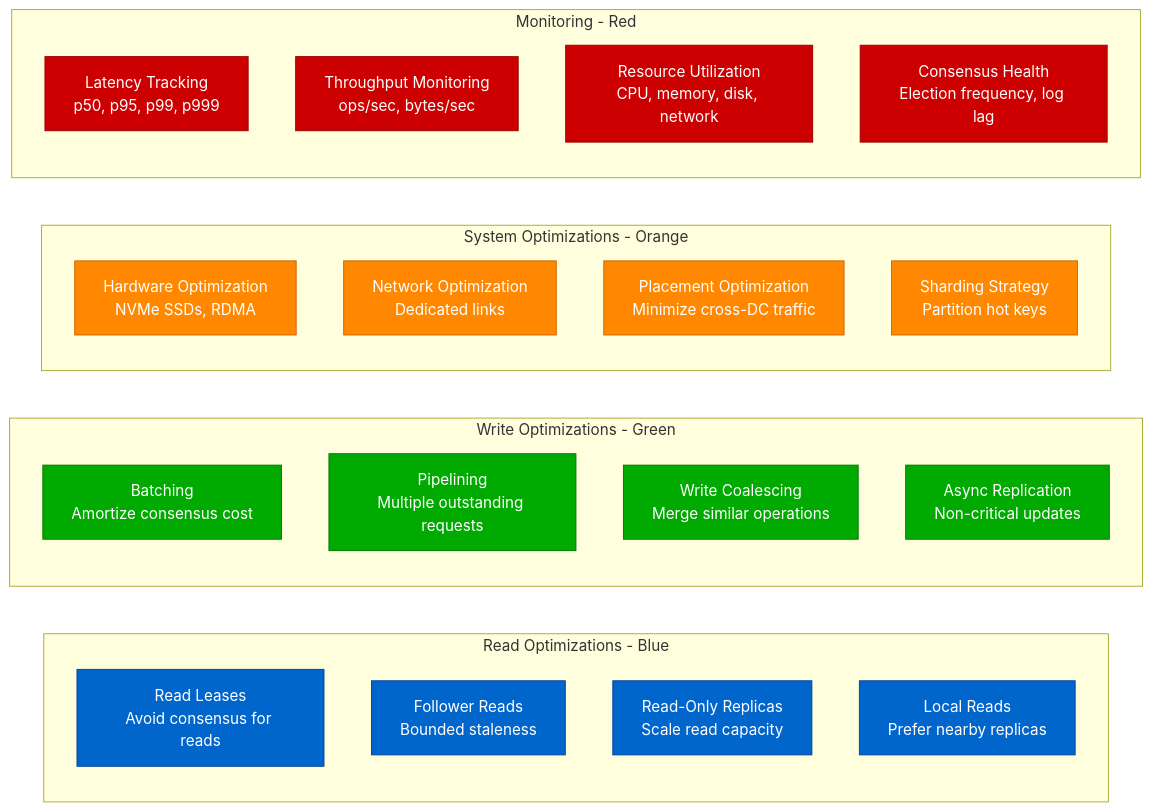
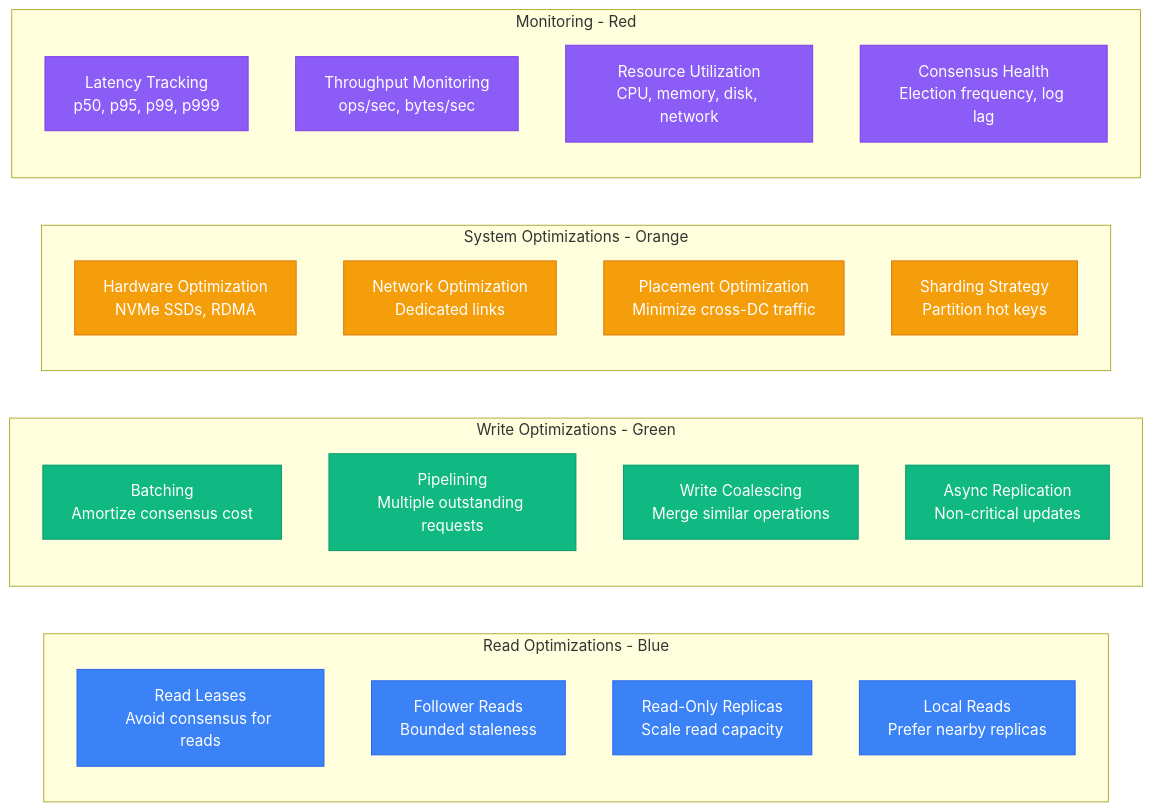
One commit to deepaucksharma/DS changed the fifth of 10 diagrams in site/docs/guarantees/linearizability/linearizability-performance.md. Above: the diagram before and after it, drawn with Mermaid. The commit also changed other lines of this file and 303 other files, not shown here.

````diff
--- a/site/docs/guarantees/linearizability/linearizability-performance.md
+++ b/site/docs/guarantees/linearizability/linearizability-performance.md
@@ -179,40 +179,40 @@
 ```mermaid
 graph LR
     subgraph ReadOptimizations[Read Optimizations - Blue]
         RO1[Read Leases<br/>Avoid consensus for reads]
         RO2[Follower Reads<br/>Bounded staleness]
         RO3[Read-Only Replicas<br/>Scale read capacity]
         RO4[Local Reads<br/>Prefer nearby replicas]
     end
 
     subgraph WriteOptimizations[Write Optimizations - Green]
         WO1[Batching<br/>Amortize consensus cost]
         WO2[Pipelining<br/>Multiple outstanding requests]
         WO3[Write Coalescing<br/>Merge similar operations]
         WO4[Async Replication<br/>Non-critical updates]
     end
 
     subgraph SystemOptimizations[System Optimizations - Orange]
         SO1[Hardware Optimization<br/>NVMe SSDs, RDMA]
         SO2[Network Optimization<br/>Dedicated links]
         SO3[Placement Optimization<br/>Minimize cross-DC traffic]
         SO4[Sharding Strategy<br/>Partition hot keys]
     end
 
     subgraph MonitoringOptimizations[Monitoring - Red]
         MO1[Latency Tracking<br/>p50, p95, p99, p999]
         MO2[Throughput Monitoring<br/>ops/sec, bytes/sec]
         MO3[Resource Utilization<br/>CPU, memory, disk, network]
         MO4[Consensus Health<br/>Election frequency, log lag]
     end
 
-    classDef readStyle fill:#0066CC,stroke:#004499,color:#fff
-    classDef writeStyle fill:#00AA00,stroke:#007700,color:#fff
-    classDef systemStyle fill:#FF8800,stroke:#CC6600,color:#fff
-    classDef monitorStyle fill:#CC0000,stroke:#990000,color:#fff
+    classDef readStyle fill:#3B82F6,stroke:#2563EB,color:#fff
+    classDef writeStyle fill:#10B981,stroke:#059669,color:#fff
+    classDef systemStyle fill:#F59E0B,stroke:#D97706,color:#fff
+    classDef monitorStyle fill:#8B5CF6,stroke:#7C3AED,color:#fff
 
     class RO1,RO2,RO3,RO4 readStyle
     class WO1,WO2,WO3,WO4 writeStyle
     class SO1,SO2,SO3,SO4 systemStyle
     class MO1,MO2,MO3,MO4 monitorStyle
 ```
````
